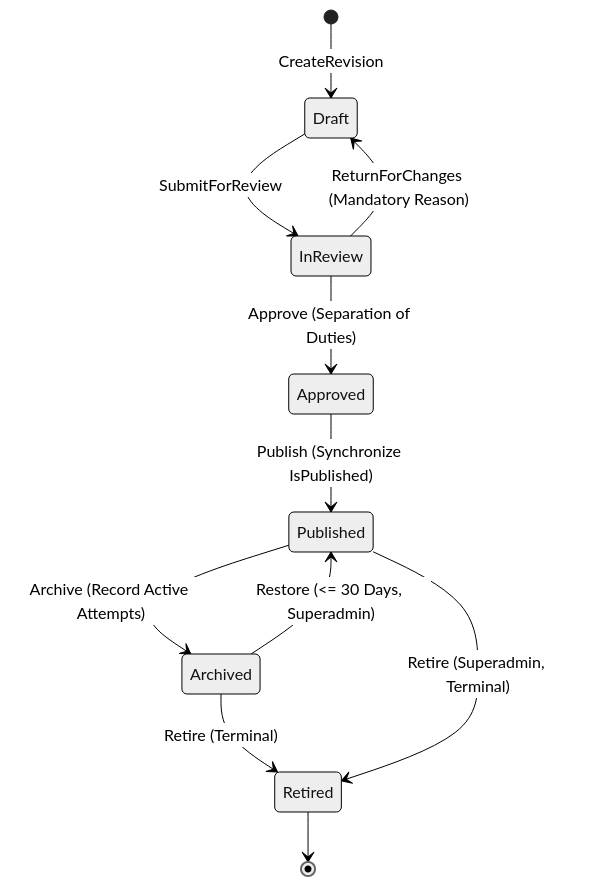
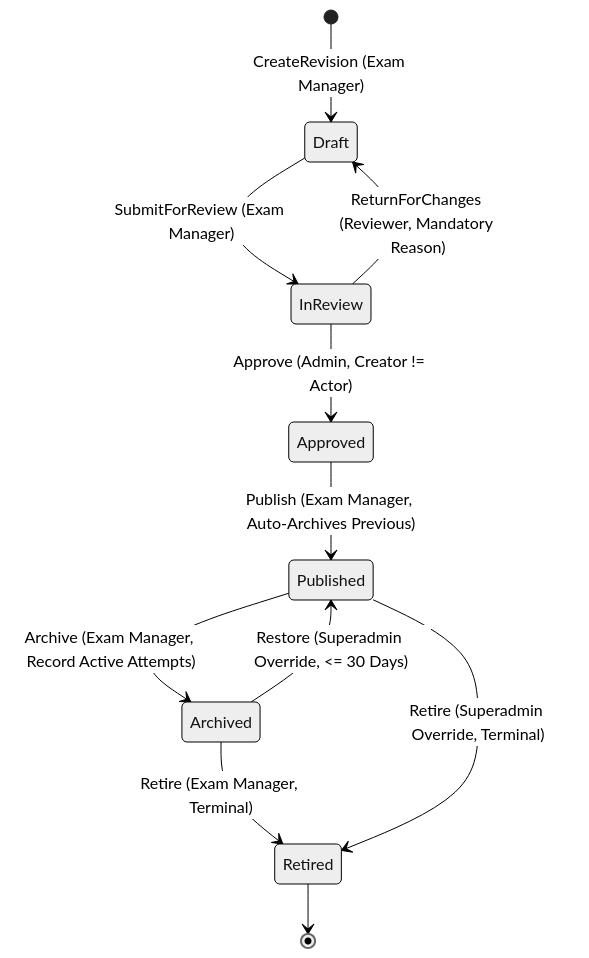
Before and after one commit to rhenisstate-stack/PreForm: the diagram in docs/exam-management-p3-1-consolidated-implementation-specification.md, drawn with Mermaid (neutral theme). The commit also changed other lines of this file and 5 other files, not shown here.

````diff
--- a/docs/exam-management-p3-1-consolidated-implementation-specification.md
+++ b/docs/exam-management-p3-1-consolidated-implementation-specification.md
@@ -251,13 +345,13 @@
 ```mermaid
 stateDiagram-v2
-    [*] --> Draft : CreateRevision
-    Draft --> InReview : SubmitForReview
-    InReview --> Draft : ReturnForChanges (Mandatory Reason)
-    InReview --> Approved : Approve (Separation of Duties)
-    Approved --> Published : Publish (Synchronize IsPublished)
-    Published --> Archived : Archive (Record Active Attempts)
-    Archived --> Published : Restore (<= 30 Days, Superadmin)
-    Archived --> Retired : Retire (Terminal)
-    Published --> Retired : Retire (Superadmin, Terminal)
+    [*] --> Draft : CreateRevision (Exam Manager)
+    Draft --> InReview : SubmitForReview (Exam Manager)
+    InReview --> Draft : ReturnForChanges (Reviewer, Mandatory Reason)
+    InReview --> Approved : Approve (Admin, Creator != Actor)
+    Approved --> Published : Publish (Exam Manager, Auto-Archives Previous)
+    Published --> Archived : Archive (Exam Manager, Record Active Attempts)
+    Archived --> Published : Restore (Superadmin Override, <= 30 Days)
+    Archived --> Retired : Retire (Exam Manager, Terminal)
+    Published --> Retired : Retire (Superadmin Override, Terminal)
     Retired --> [*]
 ```
````
